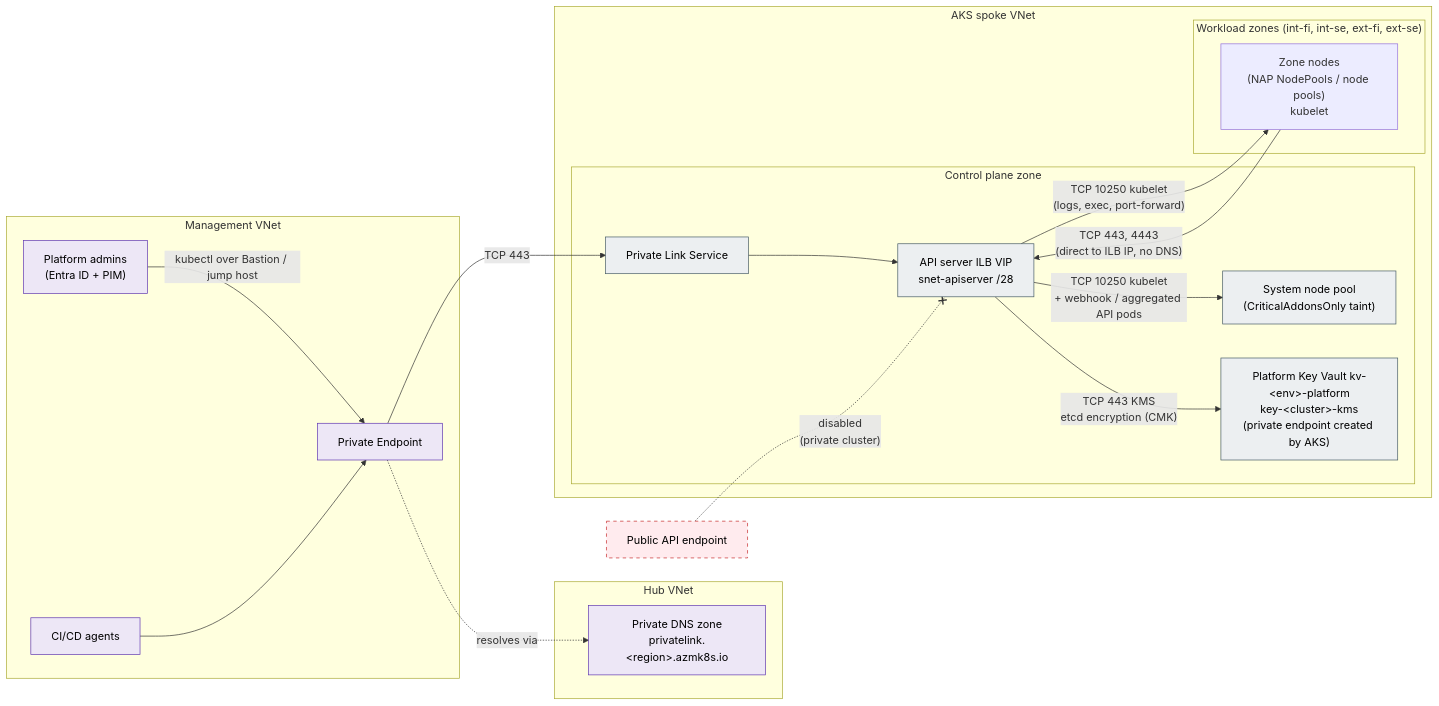
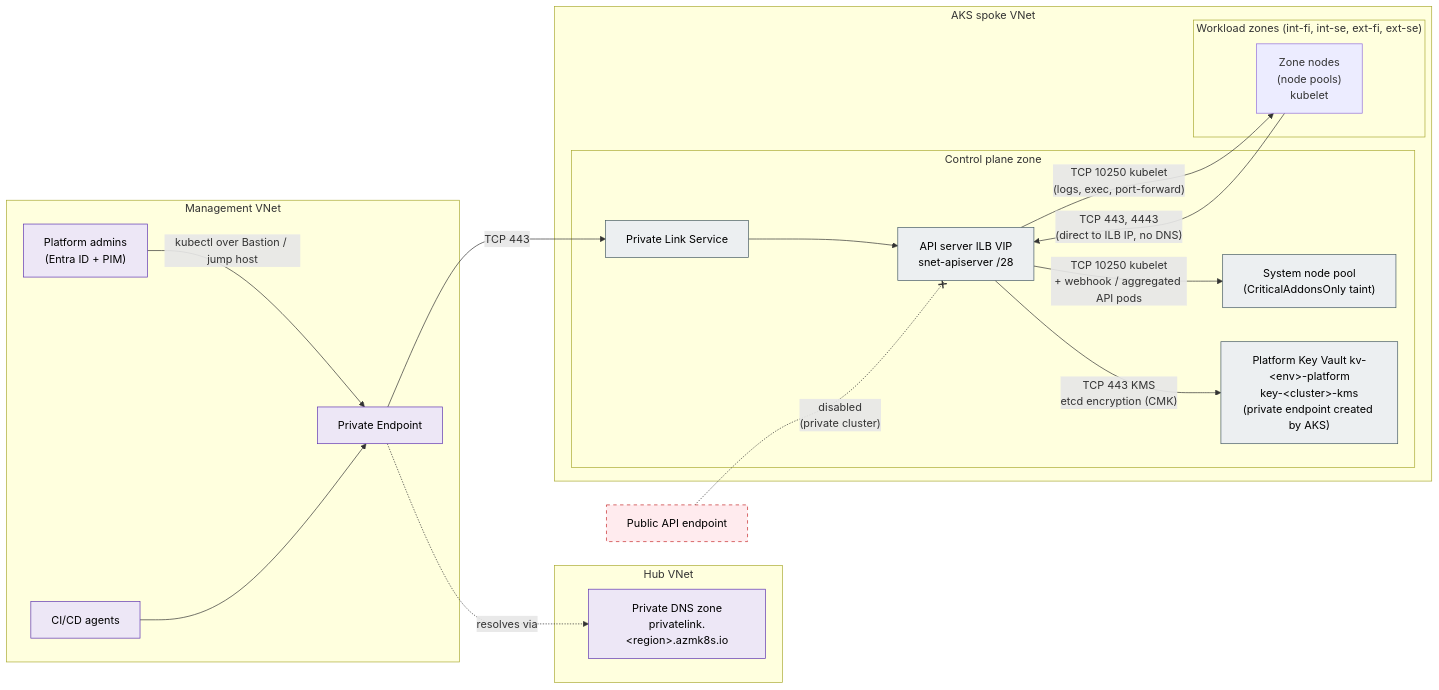
One commit to onek8s/onek8s.github.io changed the diagram in diagrams/2.2-control-plane.mmd. Above: the diagram before and after it, drawn with Mermaid. The commit also changed 56 other files, not shown here.

```diff
--- a/diagrams/2.2-control-plane.mmd
+++ b/diagrams/2.2-control-plane.mmd
@@ -1,41 +1,41 @@
 %% Control plane access: private API server in a dedicated delegated subnet, reachable only via Private Link from management network
 flowchart LR
     subgraph MGMT["Management VNet"]
         admins["Platform admins<br/>(Entra ID + PIM)"]
         ci["CI/CD agents"]
         pe["Private Endpoint"]
     end
 
     subgraph HUB["Hub VNet"]
         dns["Private DNS zone<br/>privatelink.&lt;region&gt;.azmk8s.io"]
     end
 
     subgraph SPOKE["AKS spoke VNet"]
         subgraph CP["Control plane zone"]
             pls["Private Link Service"]
             ilb["API server ILB VIP<br/>snet-apiserver /28"]
             sys["System node pool<br/>(CriticalAddonsOnly taint)"]
             pkv["Platform Key Vault kv-&lt;env&gt;-platform<br/>key-&lt;cluster&gt;-kms<br/>(private endpoint created by AKS)"]
         end
         subgraph WL["Workload zones (int-fi, int-se, ext-fi, ext-se)"]
-            nodes["Zone nodes<br/>(NAP NodePools / node pools)<br/>kubelet"]
+            nodes["Zone nodes<br/>(node pools)<br/>kubelet"]
         end
     end
 
     admins -->|"kubectl over Bastion / jump host"| pe
     ci --> pe
     pe -.->|"resolves via"| dns
     pe -->|"TCP 443"| pls --> ilb
     nodes -->|"TCP 443, 4443<br/>(direct to ILB IP, no DNS)"| ilb
     ilb -->|"TCP 10250 kubelet<br/>+ webhook / aggregated API pods"| sys
     ilb -->|"TCP 10250 kubelet<br/>(logs, exec, port-forward)"| nodes
     ilb -->|"TCP 443 KMS<br/>etcd encryption (CMK)"| pkv
 
     pub["Public API endpoint"]:::off
     pub -.-x|"disabled<br/>(private cluster)"| ilb
 
     classDef off fill:#ffebee,stroke:#c62828,color:#000,stroke-dasharray: 5 5
     classDef cp fill:#eceff1,stroke:#455a64,color:#000
     classDef hub fill:#ede7f6,stroke:#5e35b1,color:#000
     class pls,ilb,sys,pkv cp
     class admins,ci,pe,dns hub
```
